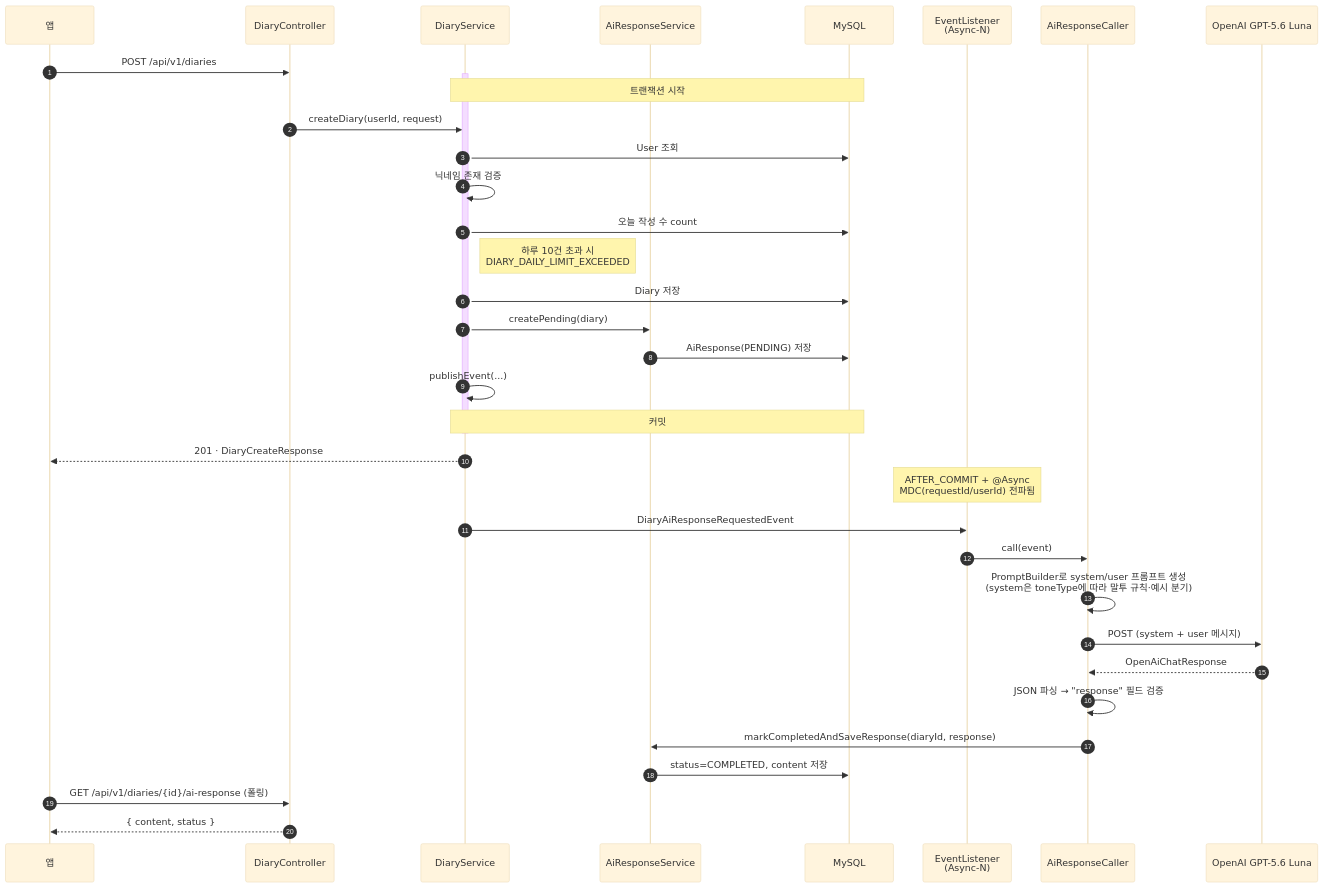
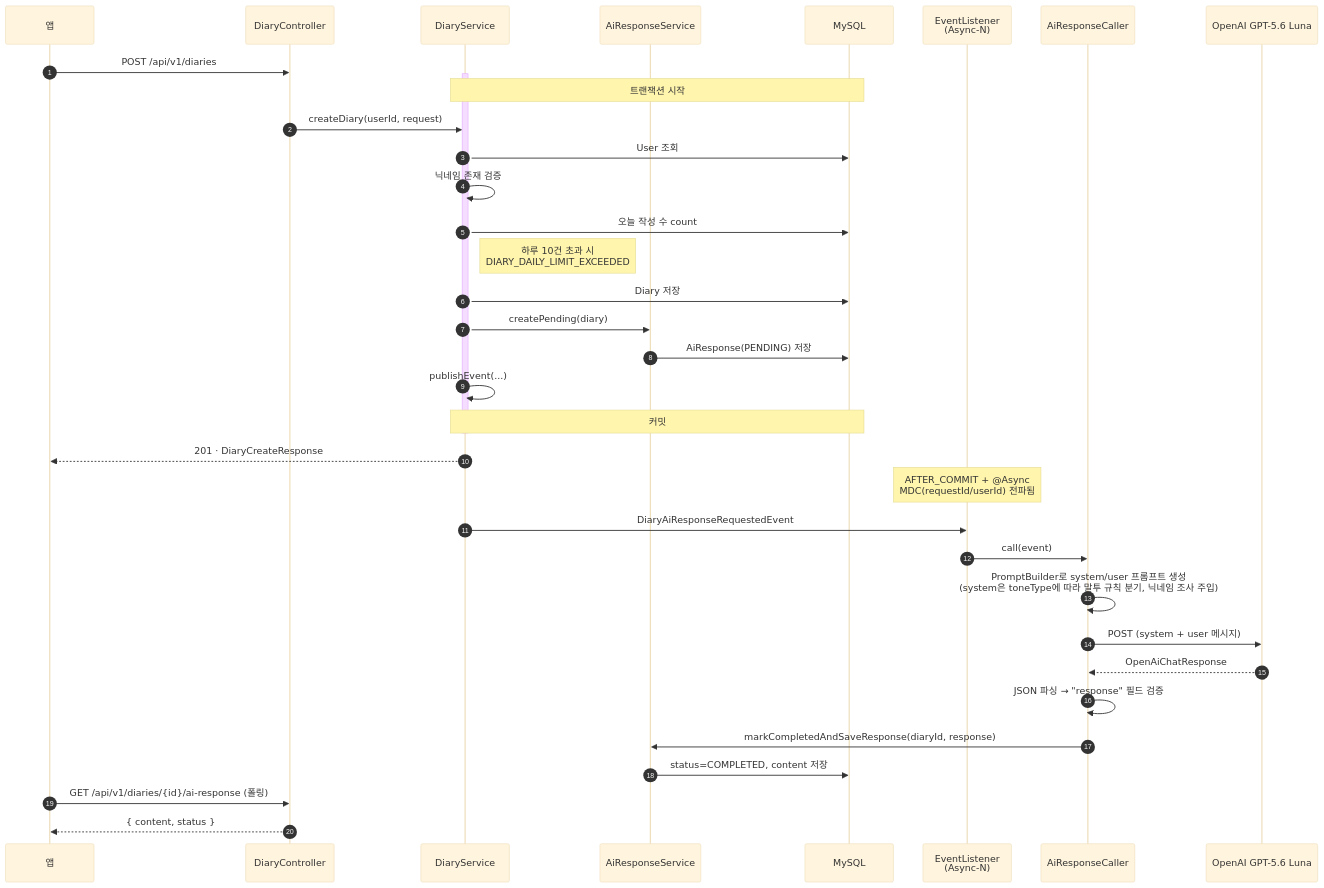
The fourth of 8 diagrams in docs/architecture.md (hearu-application/backend), drawn with Mermaid (base theme) before and after one commit. The commit also changed 3 other files, not shown here.

````diff
--- a/docs/architecture.md
+++ b/docs/architecture.md
@@ -146,41 +146,41 @@
 ```mermaid
 sequenceDiagram
     autonumber
     participant C as 앱
     participant DC as DiaryController
     participant DS as DiaryService
     participant AS as AiResponseService
     participant DB as MySQL
     participant L as EventListener<br/>(Async-N)
     participant AC as AiResponseCaller
     participant LLM as OpenAI GPT-5.6 Luna
 
     C->>DC: POST /api/v1/diaries
     activate DS
     Note over DS,DB: 트랜잭션 시작
     DC->>DS: createDiary(userId, request)
     DS->>DB: User 조회
     DS->>DS: 닉네임 존재 검증
     DS->>DB: 오늘 작성 수 count
     Note right of DS: 하루 10건 초과 시<br/>DIARY_DAILY_LIMIT_EXCEEDED
     DS->>DB: Diary 저장
     DS->>AS: createPending(diary)
     AS->>DB: AiResponse(PENDING) 저장
     DS->>DS: publishEvent(...)
     Note over DS,DB: 커밋
     deactivate DS
     DS-->>C: 201 · DiaryCreateResponse
 
     Note over L: AFTER_COMMIT + @Async<br/>MDC(requestId/userId) 전파됨
     DS->>L: DiaryAiResponseRequestedEvent
     L->>AC: call(event)
-    AC->>AC: PromptBuilder로 system/user 프롬프트 생성<br/>(system은 toneType에 따라 말투 규칙·예시 분기)
+    AC->>AC: PromptBuilder로 system/user 프롬프트 생성<br/>(system은 toneType에 따라 말투 규칙 분기, 닉네임 조사 주입)
     AC->>LLM: POST (system + user 메시지)
     LLM-->>AC: OpenAiChatResponse
     AC->>AC: JSON 파싱 → "response" 필드 검증
     AC->>AS: markCompletedAndSaveResponse(diaryId, response)
     AS->>DB: status=COMPLETED, content 저장
 
     C->>DC: GET /api/v1/diaries/{id}/ai-response (폴링)
     DC-->>C: { content, status }
 ```
````
